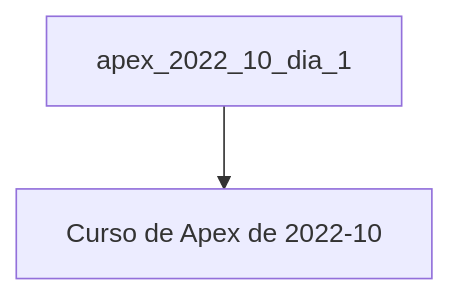
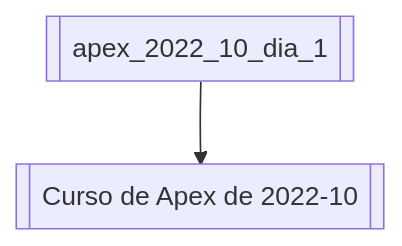
One commit to igorlmatos/ilm_notas changed the diagram in src/site/notes/Aprendendo a usar o digital garden.md. Above: the diagram before and after it, drawn with Mermaid. The commit also changed other lines of this file, not shown here.

````diff
--- a/src/site/notes/Aprendendo a usar o digital garden.md
+++ b/src/site/notes/Aprendendo a usar o digital garden.md
@@ -94,10 +94,10 @@
 ```mermaid
 graph TB
 
-A[apex_2022_10_dia_1]
-B[Curso de Apex de 2022-10]
+A[[apex_2022_10_dia_1]]
+B[[Curso de Apex de 2022-10]]
 
 A --> B
 
 class A,B,C,D,E,F,G,H,I,J,K,L,M,N,O,P,Q,R,S,T,U,V,W,X,Y,Z internal-link;
 ```
````
